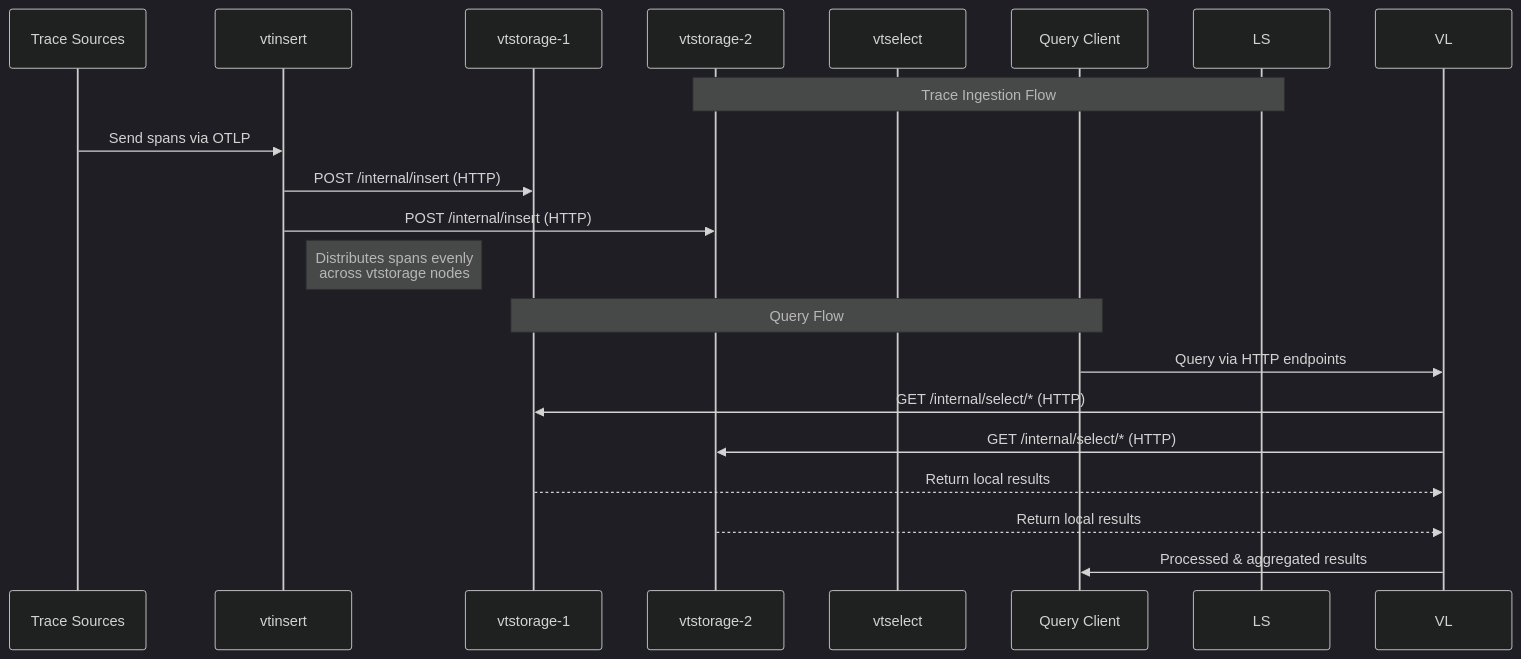
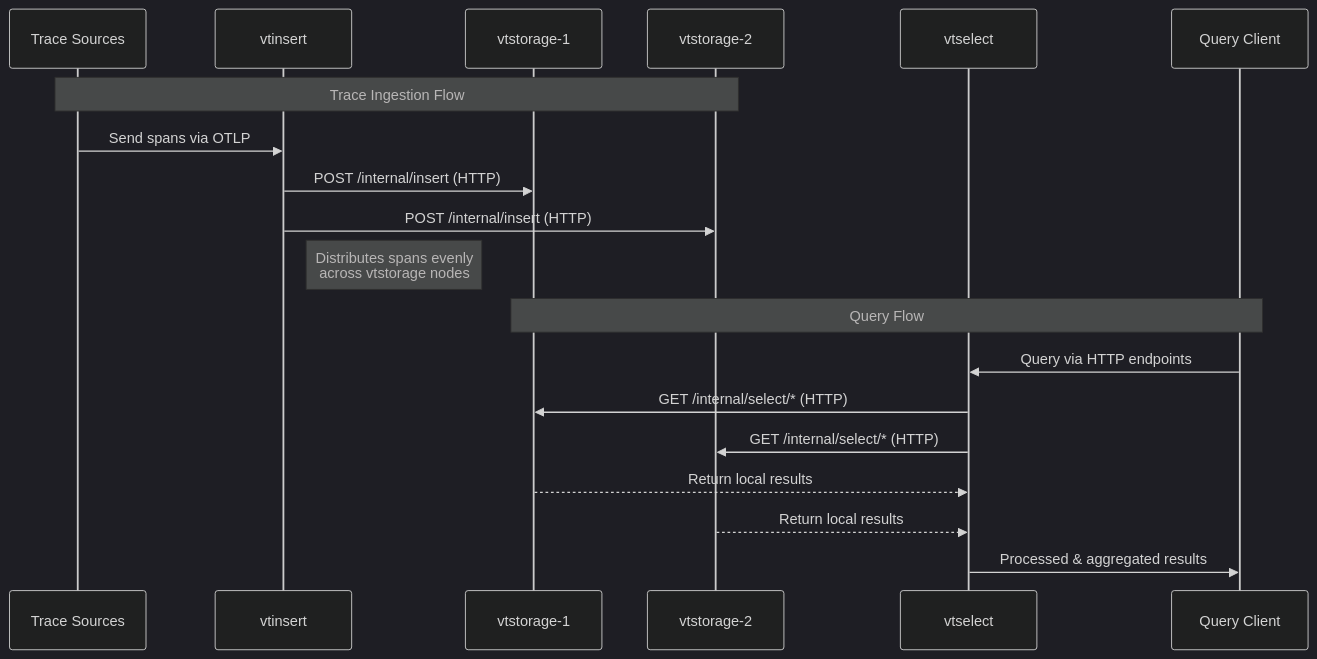
Before and after one commit to JayiceZ/VictoriaTraces: the first of 2 diagrams in docs/victoriatraces/cluster.md, drawn with Mermaid (dark theme).

Commit message:
docs: fix cluster workflow

````diff
--- a/docs/victoriatraces/cluster.md
+++ b/docs/victoriatraces/cluster.md
@@ -35,23 +35,23 @@
 ```mermaid
 sequenceDiagram
     participant TS as Trace Sources
     participant VI as vtinsert
     participant VS1 as vtstorage-1
     participant VS2 as vtstorage-2
     participant VT as vtselect
     participant QC as Query Client
     
-    Note over LS,VS2: Trace Ingestion Flow
+    Note over TS,VS2: Trace Ingestion Flow
     TS->>VI: Send spans via OTLP
     VI->>VS1: POST /internal/insert (HTTP)
     VI->>VS2: POST /internal/insert (HTTP)
     Note right of VI: Distributes spans evenly<br/>across vtstorage nodes
     
     Note over VS1,QC: Query Flow
-    QC->>VL: Query via HTTP endpoints
-    VL->>VS1: GET /internal/select/* (HTTP)
-    VL->>VS2: GET /internal/select/* (HTTP)
-    VS1-->>VL: Return local results
-    VS2-->>VL: Return local results
-    VL->>QC: Processed & aggregated results
+    QC->>VT: Query via HTTP endpoints
+    VT->>VS1: GET /internal/select/* (HTTP)
+    VT->>VS2: GET /internal/select/* (HTTP)
+    VS1-->>VT: Return local results
+    VS2-->>VT: Return local results
+    VT->>QC: Processed & aggregated results
 ```
````
